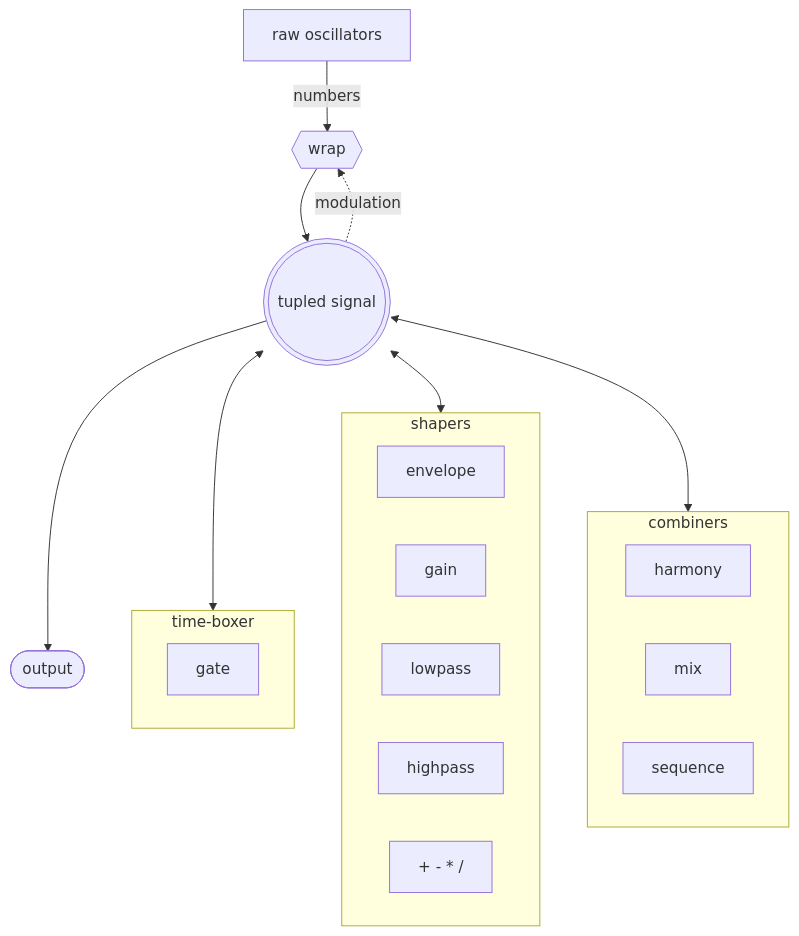
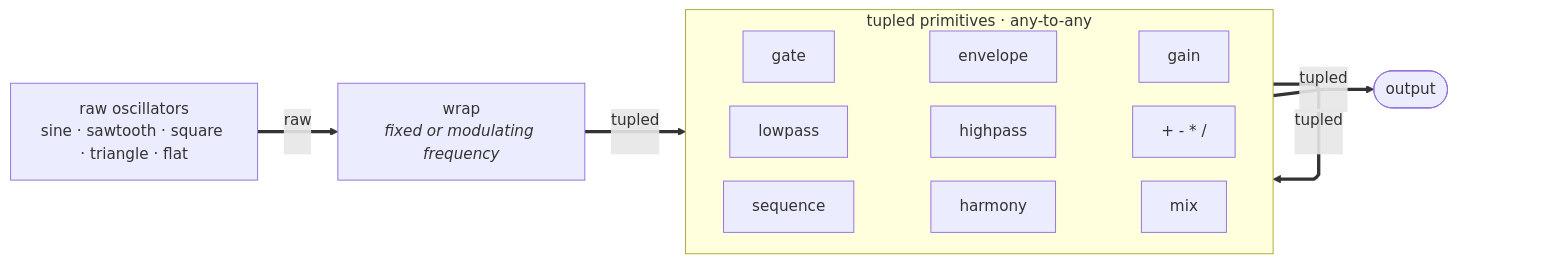
The first of 4 diagrams in lang/On the engine.md (amuradyan/lyre), drawn with Mermaid before and after one commit. The commit also changed other lines of this file and 1 other file, not shown here.

First line of the commit message:
📙 Engine doc reshaped with hardware-style diagrams

````diff
--- a/lang/On the engine.md
+++ b/lang/On the engine.md
@@ -14,28 +16,25 @@
 ```mermaid
-flowchart TD
-    raw[raw oscillators] -->|numbers| wrap{{wrap}}
-    wrap --> ts(((tupled signal)))
+---
+config:
+  layout: dagre
+  flowchart:
+    nodeSpacing: 25
+    rankSpacing: 55
+    curve: linear
+---
+flowchart LR
+    raw["raw oscillators<br/>sine · sawtooth · square · triangle · flat"]
 
-    subgraph timebox["time-boxer"]
-        gate
-    end
-    subgraph shapers["shapers"]
-        envelope
-        gain
-        lowpass
-        highpass
-        math["+ - * /"]
-    end
-    subgraph combiners["combiners"]
-        harmony
-        mix
-        sequence
+    raw ==>|"raw<br/>&nbsp;"| wrap["wrap<br/><i>fixed or modulating frequency</i>"]
+
+    subgraph primitives["tupled primitives · any-to-any"]
+        direction LR
+        gate ~~~ envelope ~~~ gain
+        lowpass ~~~ highpass ~~~ math["+  -  *  /"]
+        sequence ~~~ harmony ~~~ mix
     end
 
-    ts <--> timebox
-    ts <--> shapers
-    ts <--> combiners
-
-    ts --> output([output])
-    ts -.modulation.-> wrap
+    wrap ==>|"tupled<br/>&nbsp;"| primitives
+    primitives ==>|"tupled<br/>&nbsp;"| primitives
+    primitives ==>|"tupled<br/>&nbsp;"| output([output])
 ```
````
